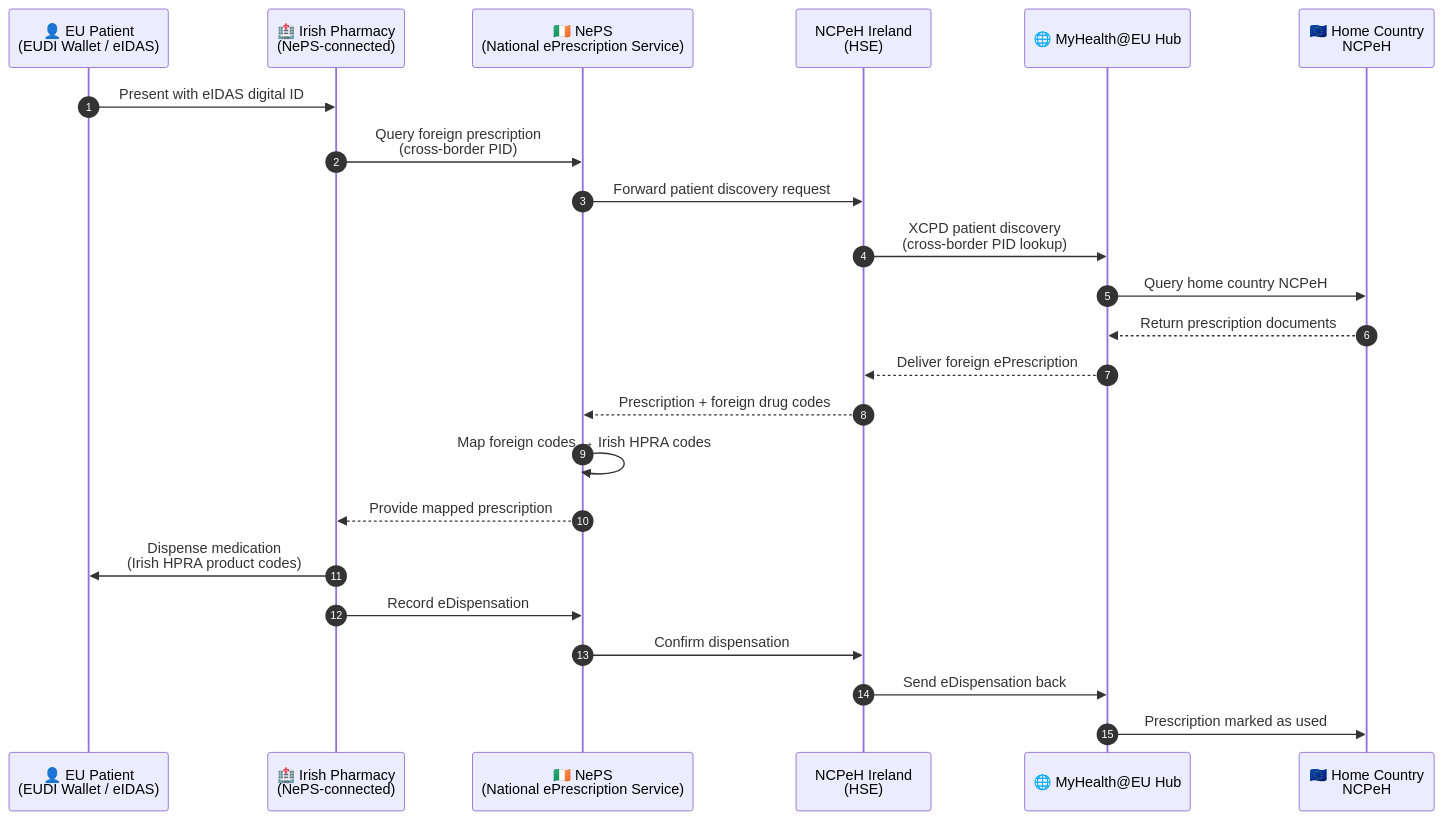
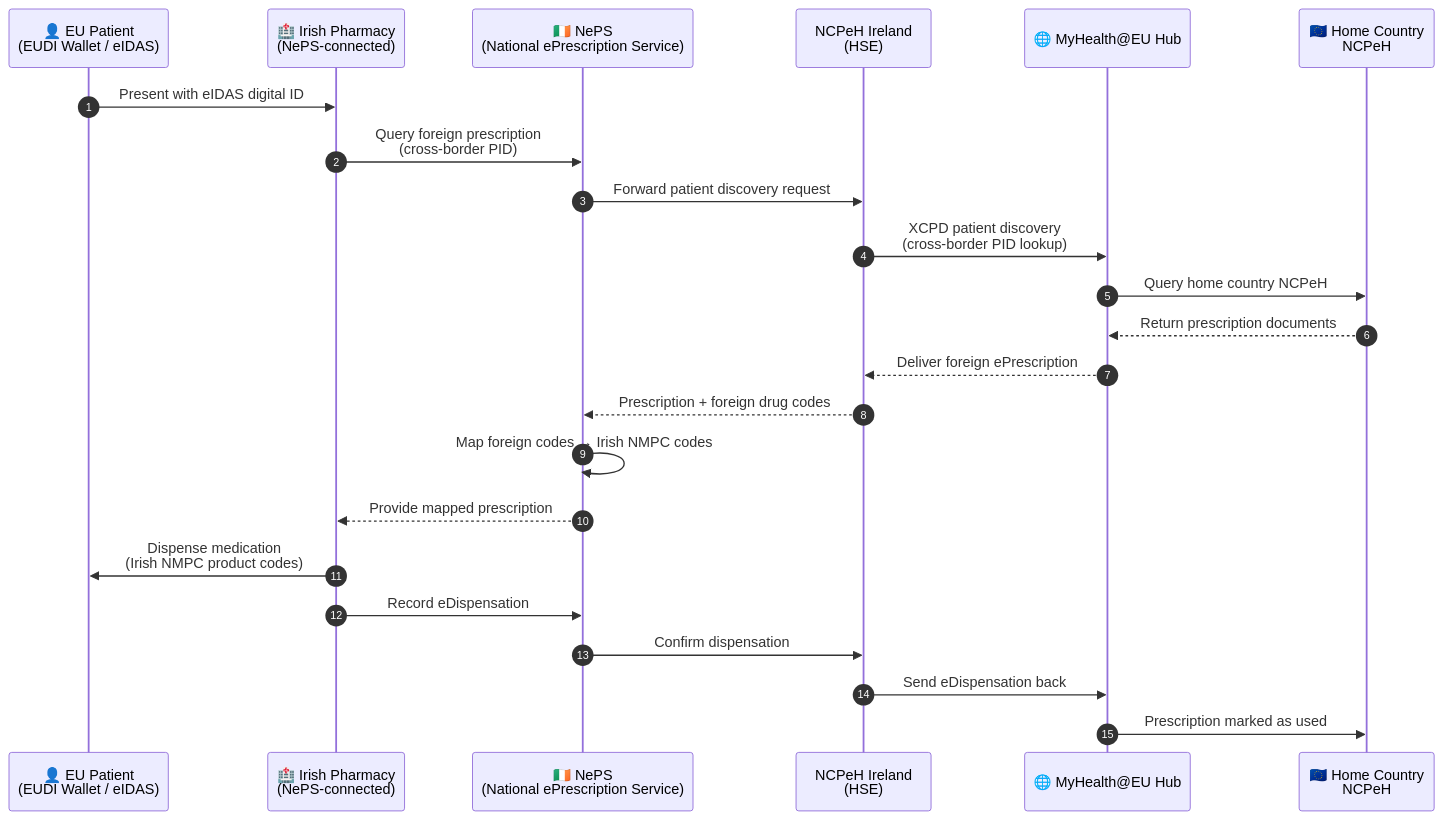
The third of 3 diagrams in input/pagecontent/crossborder-patient-profile.md (hl7-ie/ie-core), drawn with Mermaid before and after one commit. The commit also changed other lines of this file and 13 other files, not shown here.

Commit message:
Align medication coding with NMPC guidance

````diff
--- a/input/pagecontent/crossborder-patient-profile.md
+++ b/input/pagecontent/crossborder-patient-profile.md
@@ -328,26 +328,26 @@
 ```mermaid
 sequenceDiagram
     autonumber
     participant Patient as 👤 EU Patient<br/>(EUDI Wallet / eIDAS)
     participant Pharmacy as 🏥 Irish Pharmacy<br/>(NePS-connected)
     participant NePS as 🇮🇪 NePS<br/>(National ePrescription Service)
     participant NCPeH_IE as NCPeH Ireland<br/>(HSE)
     participant Hub as 🌐 MyHealth@EU Hub
     participant NCPeH_EU as 🇪🇺 Home Country<br/>NCPeH
 
     Patient->>Pharmacy: Present with eIDAS digital ID
     Pharmacy->>NePS: Query foreign prescription<br/>(cross-border PID)
     NePS->>NCPeH_IE: Forward patient discovery request
     NCPeH_IE->>Hub: XCPD patient discovery<br/>(cross-border PID lookup)
     Hub->>NCPeH_EU: Query home country NCPeH
     NCPeH_EU-->>Hub: Return prescription documents
     Hub-->>NCPeH_IE: Deliver foreign ePrescription
     NCPeH_IE-->>NePS: Prescription + foreign drug codes
-    NePS->>NePS: Map foreign codes → Irish HPRA codes
+    NePS->>NePS: Map foreign codes → Irish NMPC codes
     NePS-->>Pharmacy: Provide mapped prescription
-    Pharmacy->>Patient: Dispense medication<br/>(Irish HPRA product codes)
+    Pharmacy->>Patient: Dispense medication<br/>(Irish NMPC product codes)
     Pharmacy->>NePS: Record eDispensation
     NePS->>NCPeH_IE: Confirm dispensation
     NCPeH_IE->>Hub: Send eDispensation back
     Hub->>NCPeH_EU: Prescription marked as used
 ```
````
